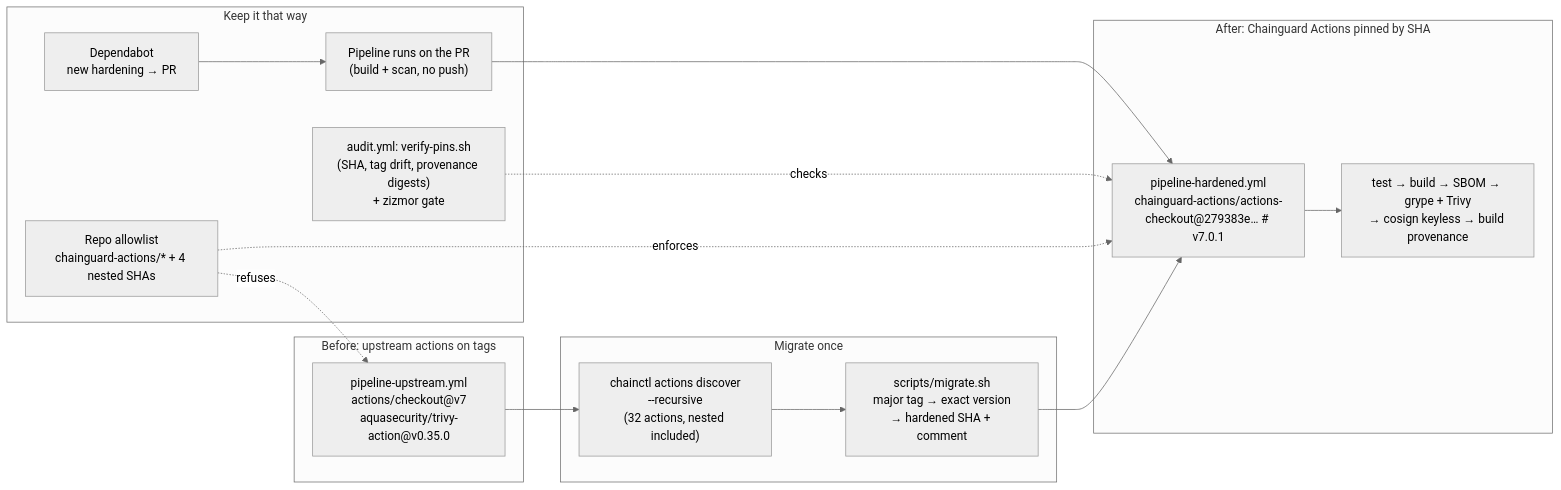
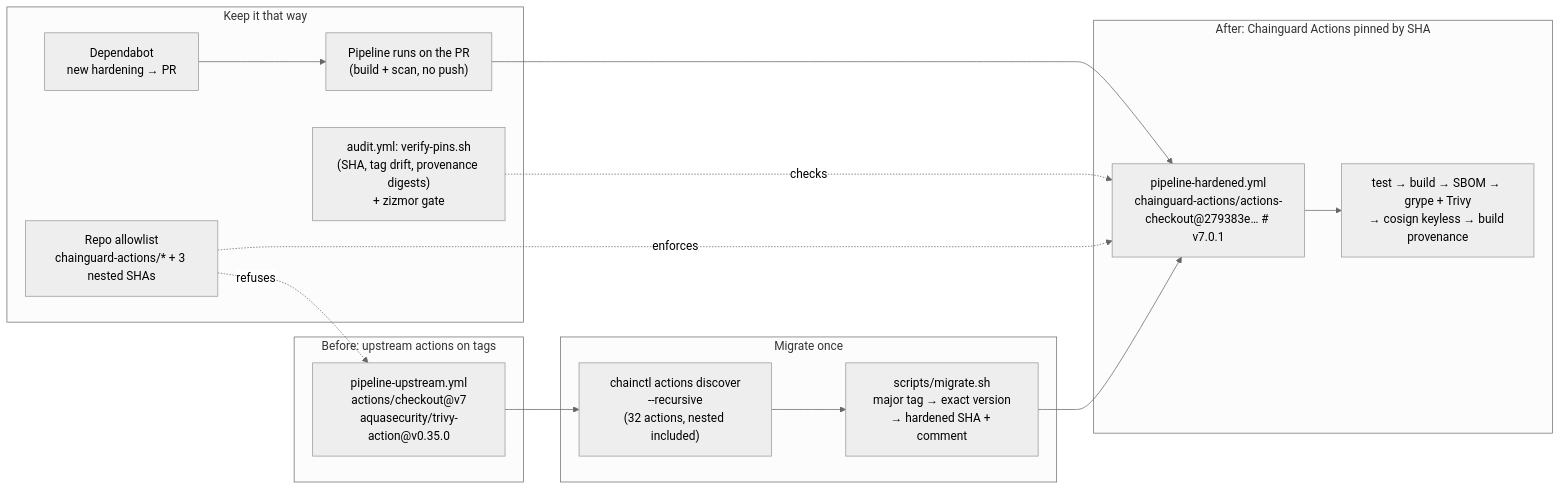
The diagram in README.md (sathpal/chainguard-actions-end-to-end), drawn with Mermaid (neutral theme) before and after one commit. The commit also changed other lines of this file and 4 other files, not shown here.

First line of the commit message:
Five days later: a re-hardened action shrank the allowlist to three nested SHAs; both gates caught real drift

````diff
--- a/README.md
+++ b/README.md
@@ -27,25 +28,25 @@
 ```mermaid
 flowchart LR
     subgraph before["Before: upstream actions on tags"]
         U["pipeline-upstream.yml<br/>actions/checkout@v7<br/>aquasecurity/trivy-action@v0.35.0"]
     end
     subgraph migrate["Migrate once"]
         D["chainctl actions discover<br/>--recursive<br/>(32 actions, nested included)"]
         M["scripts/migrate.sh<br/>major tag → exact version<br/>→ hardened SHA + comment"]
     end
     subgraph after["After: Chainguard Actions pinned by SHA"]
         H["pipeline-hardened.yml<br/>chainguard-actions/actions-checkout@279383e… # v7.0.1"]
         P["test → build → SBOM → grype + Trivy<br/>→ cosign keyless → build provenance"]
     end
     subgraph keep["Keep it that way"]
         DB["Dependabot<br/>new hardening → PR"]
         PR["Pipeline runs on the PR<br/>(build + scan, no push)"]
         A["audit.yml: verify-pins.sh<br/>(SHA, tag drift, provenance digests)<br/>+ zizmor gate"]
-        AL["Repo allowlist<br/>chainguard-actions/* + 4 nested SHAs"]
+        AL["Repo allowlist<br/>chainguard-actions/* + 3 nested SHAs"]
     end
     U --> D --> M --> H --> P
     DB --> PR --> H
     A -. checks .-> H
     AL -. enforces .-> H
     AL -. refuses .-> U
 ```
````
